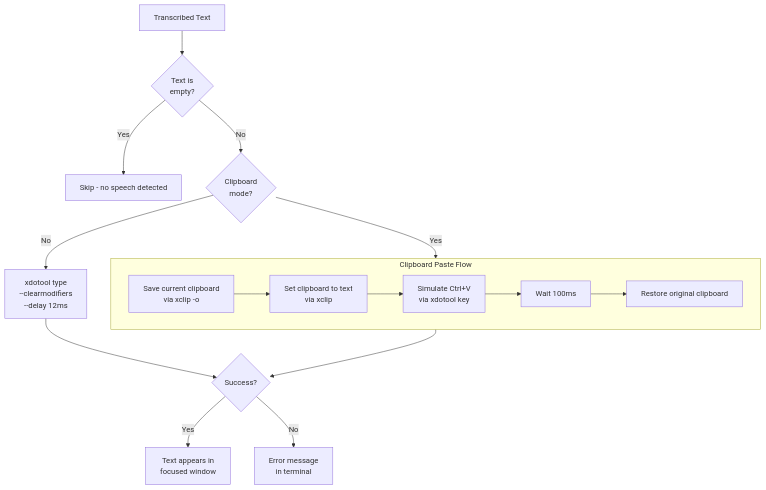
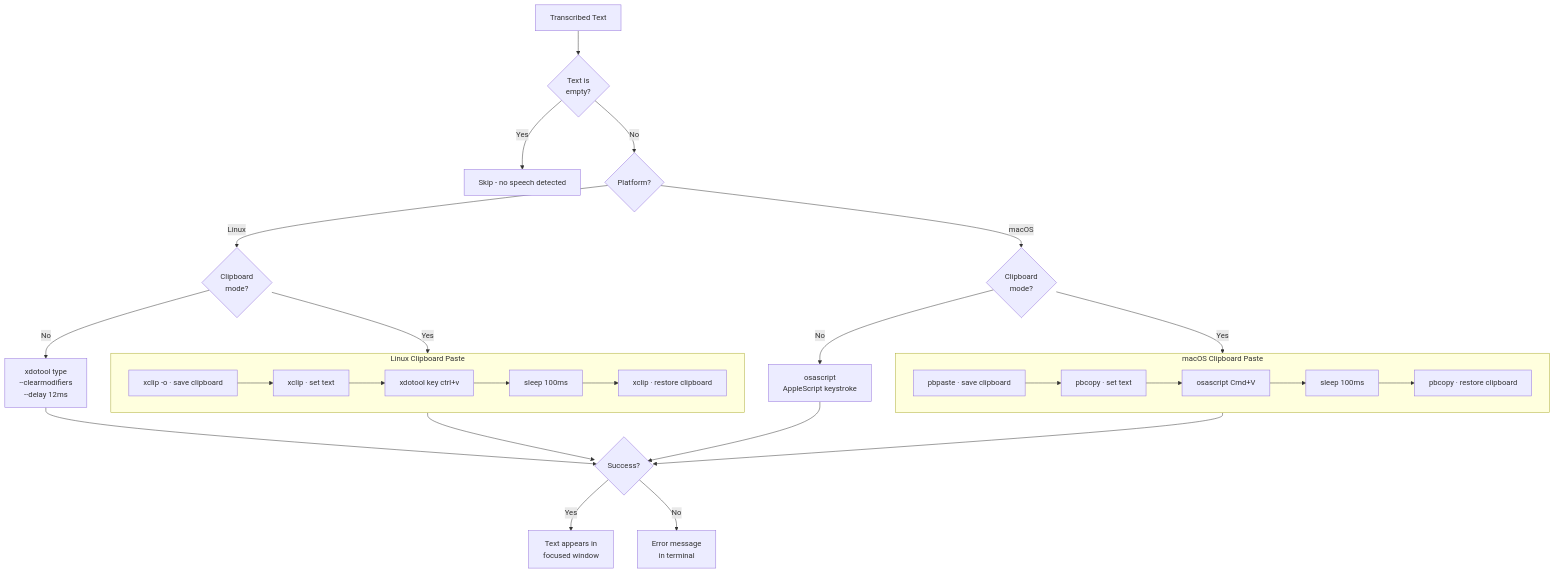
Before and after one commit to lchonkan/tak: the eighth of 9 diagrams in docs/architecture.md, drawn with Mermaid. The commit also changed other lines of this file and 9 other files, not shown here.

First line of the commit message:
feat: macOS support with platform defaults (#4)

````diff
--- a/docs/architecture.md
+++ b/docs/architecture.md
@@ -366,24 +459,41 @@
 ```mermaid
 graph TD
     TEXT[Transcribed Text] --> EMPTY{Text is<br/>empty?}
     EMPTY -->|Yes| SKIP[Skip - no speech detected]
-    EMPTY -->|No| MODE{Clipboard<br/>mode?}
+    EMPTY -->|No| PLAT{Platform?}
 
-    MODE -->|No| XDOTOOL[xdotool type<br/>--clearmodifiers<br/>--delay 12ms]
-    MODE -->|Yes| CLIP_FLOW
+    PLAT -->|Linux| L_MODE{Clipboard<br/>mode?}
+    PLAT -->|macOS| M_MODE{Clipboard<br/>mode?}
 
-    subgraph CLIP_FLOW [Clipboard Paste Flow]
-        SAVE[Save current clipboard<br/>via xclip -o]
-        SET[Set clipboard to text<br/>via xclip]
-        PASTE[Simulate Ctrl+V<br/>via xdotool key]
-        WAIT[Wait 100ms]
-        RESTORE[Restore original clipboard]
-        SAVE --> SET --> PASTE --> WAIT --> RESTORE
+    L_MODE -->|No| XDOTOOL[xdotool type<br/>--clearmodifiers<br/>--delay 12ms]
+    L_MODE -->|Yes| L_CLIP
+
+    M_MODE -->|No| APPLESCRIPT[osascript<br/>AppleScript keystroke]
+    M_MODE -->|Yes| M_CLIP
+
+    subgraph L_CLIP ["Linux Clipboard Paste"]
+        LC1[xclip -o · save clipboard]
+        LC2[xclip · set text]
+        LC3[xdotool key ctrl+v]
+        LC4[sleep 100ms]
+        LC5[xclip · restore clipboard]
+        LC1 --> LC2 --> LC3 --> LC4 --> LC5
+    end
+
+    subgraph M_CLIP ["macOS Clipboard Paste"]
+        MC1[pbpaste · save clipboard]
+        MC2[pbcopy · set text]
+        MC3[osascript Cmd+V]
+        MC4[sleep 100ms]
+        MC5[pbcopy · restore clipboard]
+        MC1 --> MC2 --> MC3 --> MC4 --> MC5
     end
 
     XDOTOOL --> RESULT{Success?}
-    CLIP_FLOW --> RESULT
+    L_CLIP --> RESULT
+    APPLESCRIPT --> RESULT
+    M_CLIP --> RESULT
 
     RESULT -->|Yes| DONE[Text appears in<br/>focused window]
     RESULT -->|No| ERR[Error message<br/>in terminal]
 ```
````
